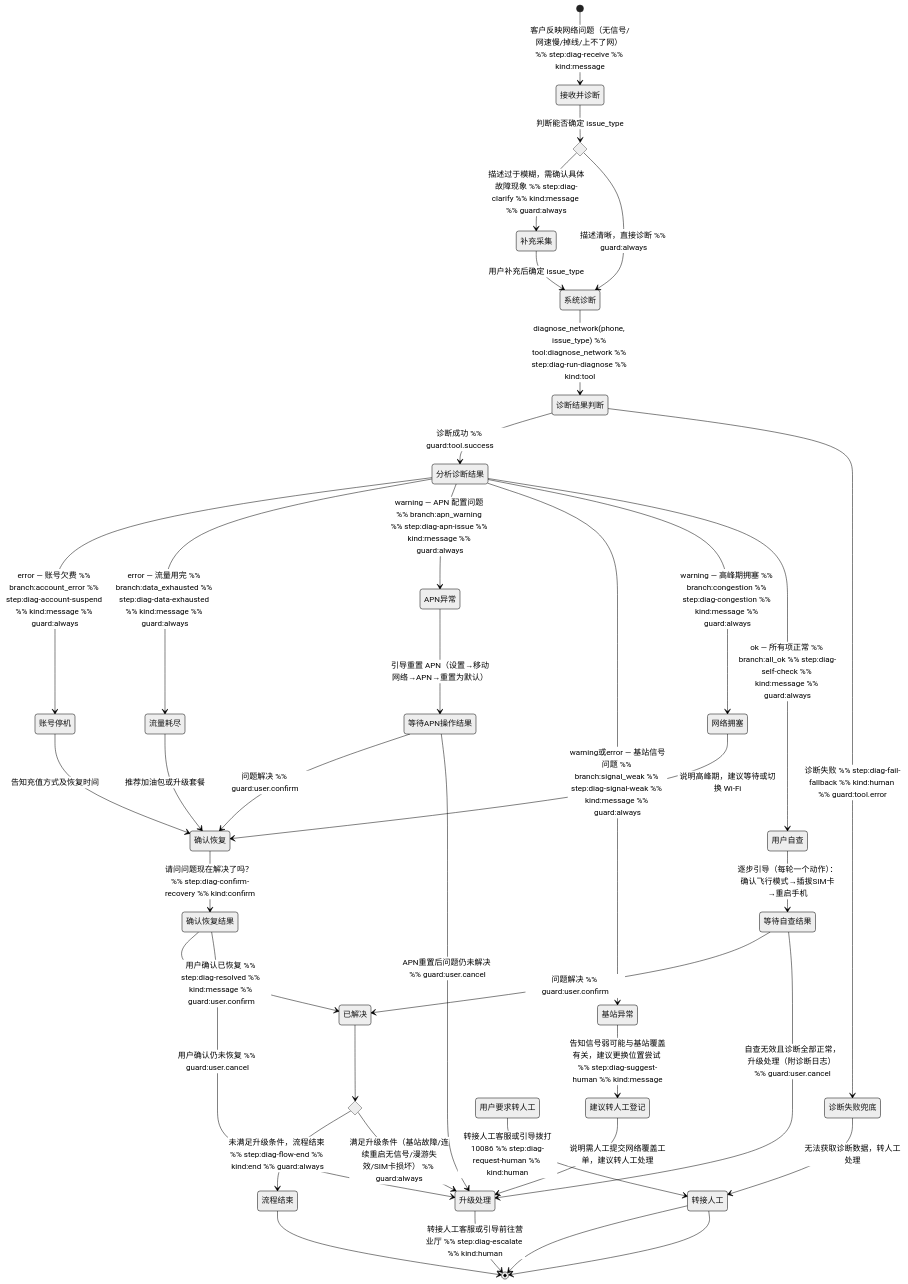
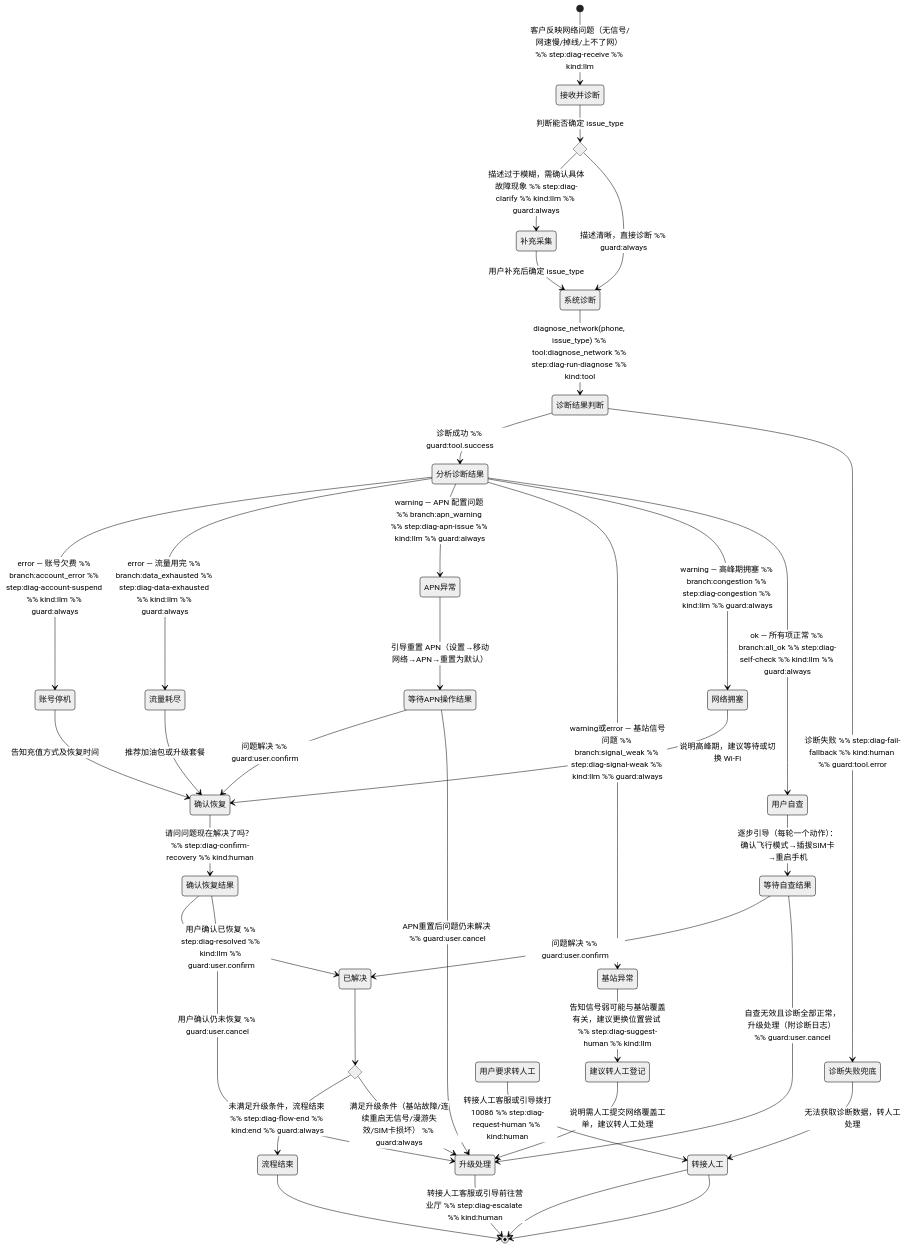
The diagram in backend/skills/biz-skills/fault-diagnosis/SKILL.md (cacling/ai-bot), drawn with Mermaid (neutral theme) before and after one commit. The commit also changed 23 other files, not shown here.

First line of the commit message:
feat: migrate all SKILL.md annotations to NodeType values (message→llm, confirm→human, remove choice)

````diff
--- a/backend/skills/biz-skills/fault-diagnosis/SKILL.md
+++ b/backend/skills/biz-skills/fault-diagnosis/SKILL.md
@@ -134,59 +134,59 @@
 ```mermaid
 stateDiagram-v2
-    [*] --> 接收并诊断: 客户反映网络问题（无信号/网速慢/掉线/上不了网） %% step:diag-receive %% kind:message
+    [*] --> 接收并诊断: 客户反映网络问题（无信号/网速慢/掉线/上不了网） %% step:diag-receive %% kind:llm
 
     state 描述是否清晰 <<choice>>
     接收并诊断 --> 描述是否清晰: 判断能否确定 issue_type
-    描述是否清晰 --> 补充采集: 描述过于模糊，需确认具体故障现象 %% step:diag-clarify %% kind:message %% guard:always
+    描述是否清晰 --> 补充采集: 描述过于模糊，需确认具体故障现象 %% step:diag-clarify %% kind:llm %% guard:always
     描述是否清晰 --> 系统诊断: 描述清晰，直接诊断 %% guard:always
 
     补充采集 --> 系统诊断: 用户补充后确定 issue_type
     系统诊断 --> 诊断结果判断: diagnose_network(phone, issue_type) %% tool:diagnose_network %% step:diag-run-diagnose %% kind:tool
 
     state 诊断结果判断 <<choice>>
     诊断结果判断 --> 分析诊断结果: 诊断成功 %% guard:tool.success
     诊断结果判断 --> 诊断失败兜底: 诊断失败 %% step:diag-fail-fallback %% kind:human %% guard:tool.error
 
     诊断失败兜底 --> 转接人工: 无法获取诊断数据，转人工处理
     转接人工 --> [*] %% kind:end
 
     state 分析诊断结果 <<choice>>
-    分析诊断结果 --> 账号停机: error — 账号欠费 %% branch:account_error %% step:diag-account-suspend %% kind:message %% guard:always
-    分析诊断结果 --> 流量耗尽: error — 流量用完 %% branch:data_exhausted %% step:diag-data-exhausted %% kind:message %% guard:always
-    分析诊断结果 --> APN异常: warning — APN 配置问题 %% branch:apn_warning %% step:diag-apn-issue %% kind:message %% guard:always
-    分析诊断结果 --> 基站异常: warning或error — 基站信号问题 %% branch:signal_weak %% step:diag-signal-weak %% kind:message %% guard:always
-    分析诊断结果 --> 网络拥塞: warning — 高峰期拥塞 %% branch:congestion %% step:diag-congestion %% kind:message %% guard:always
-    分析诊断结果 --> 用户自查: ok — 所有项正常 %% branch:all_ok %% step:diag-self-check %% kind:message %% guard:always
+    分析诊断结果 --> 账号停机: error — 账号欠费 %% branch:account_error %% step:diag-account-suspend %% kind:llm %% guard:always
+    分析诊断结果 --> 流量耗尽: error — 流量用完 %% branch:data_exhausted %% step:diag-data-exhausted %% kind:llm %% guard:always
+    分析诊断结果 --> APN异常: warning — APN 配置问题 %% branch:apn_warning %% step:diag-apn-issue %% kind:llm %% guard:always
+    分析诊断结果 --> 基站异常: warning或error — 基站信号问题 %% branch:signal_weak %% step:diag-signal-weak %% kind:llm %% guard:always
+    分析诊断结果 --> 网络拥塞: warning — 高峰期拥塞 %% branch:congestion %% step:diag-congestion %% kind:llm %% guard:always
+    分析诊断结果 --> 用户自查: ok — 所有项正常 %% branch:all_ok %% step:diag-self-check %% kind:llm %% guard:always
 
     账号停机 --> 确认恢复: 告知充值方式及恢复时间
     流量耗尽 --> 确认恢复: 推荐加油包或升级套餐
     网络拥塞 --> 确认恢复: 说明高峰期，建议等待或切换 Wi-Fi
 
     APN异常 --> 等待APN操作结果: 引导重置 APN（设置→移动网络→APN→重置为默认）
     state 等待APN操作结果 <<choice>>
     等待APN操作结果 --> 确认恢复: 问题解决 %% guard:user.confirm
     等待APN操作结果 --> 升级处理: APN重置后问题仍未解决 %% guard:user.cancel
 
-    基站异常 --> 建议转人工登记: 告知信号弱可能与基站覆盖有关，建议更换位置尝试 %% step:diag-suggest-human %% kind:message
+    基站异常 --> 建议转人工登记: 告知信号弱可能与基站覆盖有关，建议更换位置尝试 %% step:diag-suggest-human %% kind:llm
     建议转人工登记 --> 升级处理: 说明需人工提交网络覆盖工单，建议转人工处理
 
-    确认恢复 --> 确认恢复结果: 请问问题现在解决了吗？ %% step:diag-confirm-recovery %% kind:confirm
+    确认恢复 --> 确认恢复结果: 请问问题现在解决了吗？ %% step:diag-confirm-recovery %% kind:human
     state 确认恢复结果 <<choice>>
-    确认恢复结果 --> 已解决: 用户确认已恢复 %% step:diag-resolved %% kind:message %% guard:user.confirm
+    确认恢复结果 --> 已解决: 用户确认已恢复 %% step:diag-resolved %% kind:llm %% guard:user.confirm
     确认恢复结果 --> 升级处理: 用户确认仍未恢复 %% guard:user.cancel
 
     用户自查 --> 等待自查结果: 逐步引导（每轮一个动作）：确认飞行模式→插拔SIM卡→重启手机
     state 等待自查结果 <<choice>>
     等待自查结果 --> 已解决: 问题解决 %% guard:user.confirm
     等待自查结果 --> 升级处理: 自查无效且诊断全部正常，升级处理（附诊断日志） %% guard:user.cancel
 
     state 升级判断 <<choice>>
     已解决 --> 升级判断
     升级判断 --> 流程结束: 未满足升级条件，流程结束 %% step:diag-flow-end %% kind:end %% guard:always
     升级判断 --> 升级处理: 满足升级条件（基站故障/连续重启无信号/漫游失效/SIM卡损坏） %% guard:always
     流程结束 --> [*]
     升级处理 --> [*]: 转接人工客服或引导前往营业厅 %% step:diag-escalate %% kind:human
 
     用户要求转人工 --> 转接人工: 转接人工客服或引导拨打10086 %% step:diag-request-human %% kind:human
     转接人工 --> [*] %% kind:end
 ```
````
